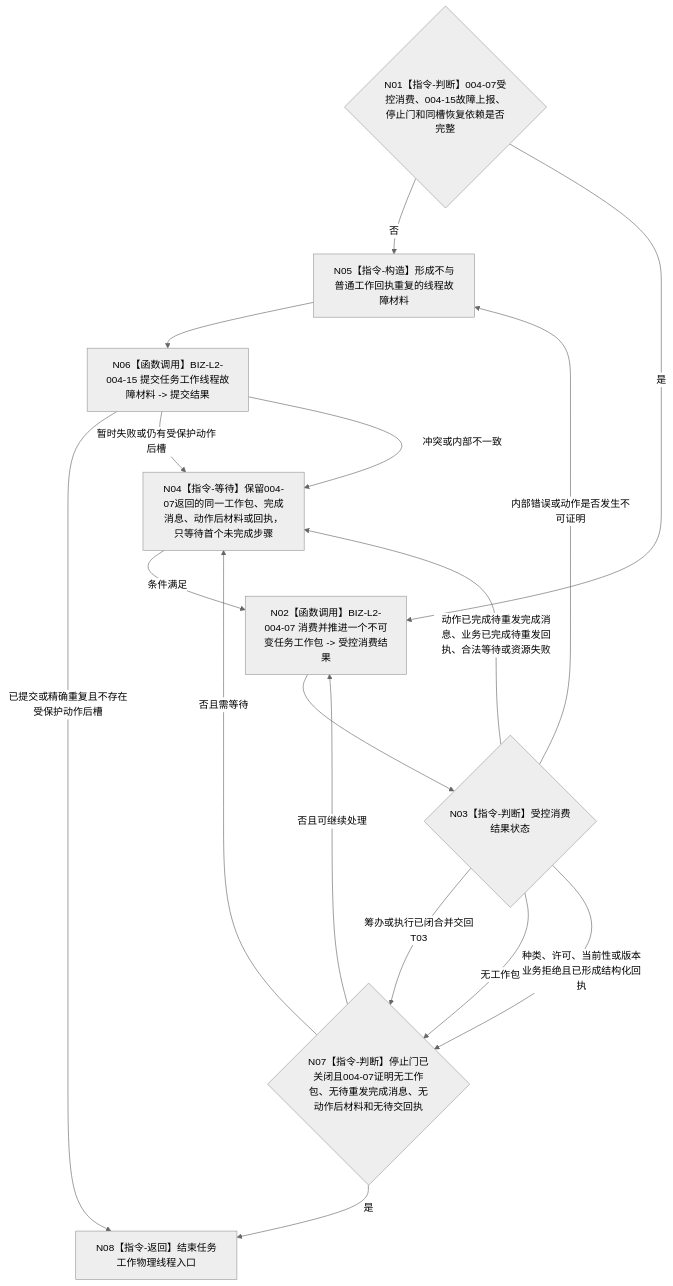
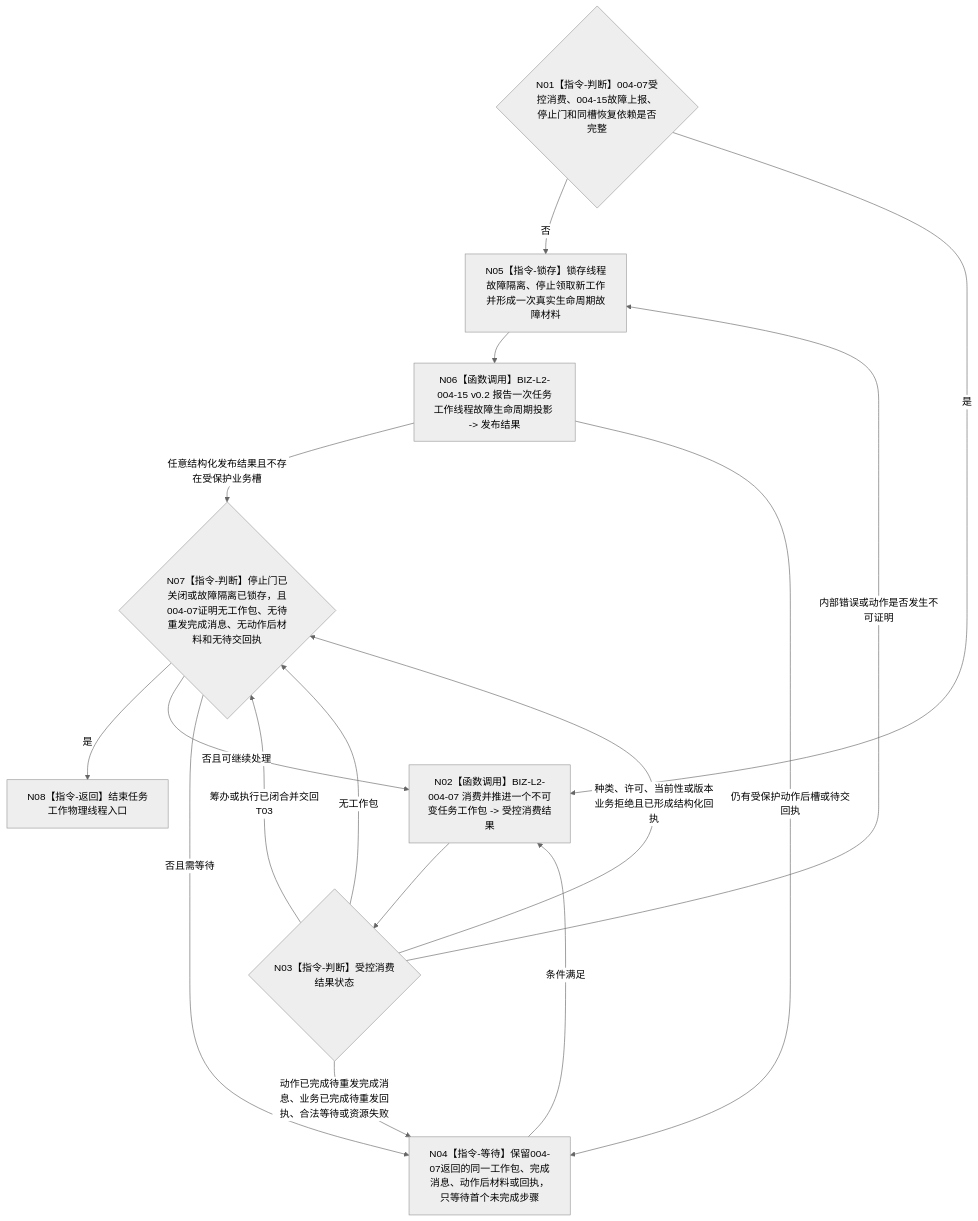
Before and after one commit to chunhaizh-cyber/HY-Ego: the diagram in 流程图/目标业务流程图/BIZ-L1-T04_任务工作线程工作包循环_目标函数流程图_v0.3.md, drawn with Mermaid (neutral theme). The commit also changed other lines of this file and 10 other files, not shown here.

````diff
--- a/流程图/目标业务流程图/BIZ-L1-T04_任务工作线程工作包循环_目标函数流程图_v0.3.md
+++ b/流程图/目标业务流程图/BIZ-L1-T04_任务工作线程工作包循环_目标函数流程图_v0.3.md
@@ -40,27 +41,26 @@
 ```mermaid
 flowchart TD
     N01{"N01【指令-判断】004-07受控消费、004-15故障上报、停止门和同槽恢复依赖是否完整"}
     N02["N02【函数调用】BIZ-L2-004-07 消费并推进一个不可变任务工作包 -> 受控消费结果"]
     N03{"N03【指令-判断】受控消费结果状态"}
     N04["N04【指令-等待】保留004-07返回的同一工作包、完成消息、动作后材料或回执，只等待首个未完成步骤"]
-    N05["N05【指令-构造】形成不与普通工作回执重复的线程故障材料"]
-    N06["N06【函数调用】BIZ-L2-004-15 提交任务工作线程故障材料 -> 提交结果"]
-    N07{"N07【指令-判断】停止门已关闭且004-07证明无工作包、无待重发完成消息、无动作后材料和无待交回执"}
+    N05["N05【指令-锁存】锁存线程故障隔离、停止领取新工作并形成一次真实生命周期故障材料"]
+    N06["N06【函数调用】BIZ-L2-004-15 v0.2 报告一次任务工作线程故障生命周期投影 -> 发布结果"]
+    N07{"N07【指令-判断】停止门已关闭或故障隔离已锁存，且004-07证明无工作包、无待重发完成消息、无动作后材料和无待交回执"}
     N08["N08【指令-返回】结束任务工作物理线程入口"]
 
     N01 -->|否| N05
     N01 -->|是| N02 --> N03
     N03 -->|筹办或执行已闭合并交回T03| N07
     N03 -->|无工作包| N07
     N03 -->|动作已完成待重发完成消息、业务已完成待重发回执、合法等待或资源失败| N04
     N03 -->|种类、许可、当前性或版本业务拒绝且已形成结构化回执| N07
     N03 -->|内部错误或动作是否发生不可证明| N05
     N04 -->|条件满足| N02
     N05 --> N06
-    N06 -->|已提交或精确重复且不存在受保护动作后槽| N08
-    N06 -->|暂时失败或仍有受保护动作后槽| N04
-    N06 -->|冲突或内部不一致| N04
+    N06 -->|任意结构化发布结果且不存在受保护业务槽| N07
+    N06 -->|仍有受保护动作后槽或待交回执| N04
     N07 -->|是| N08
     N07 -->|否且可继续处理| N02
     N07 -->|否且需等待| N04
 ```
````
